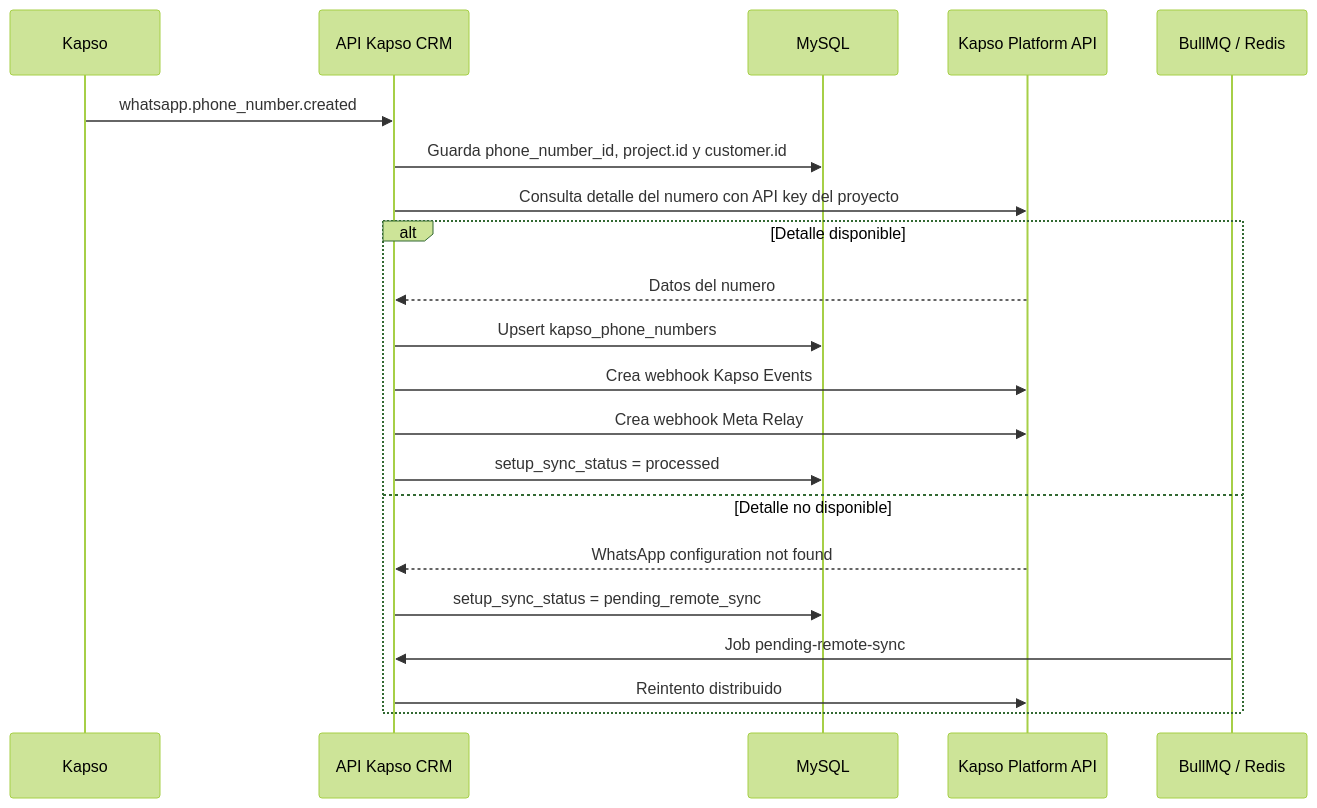
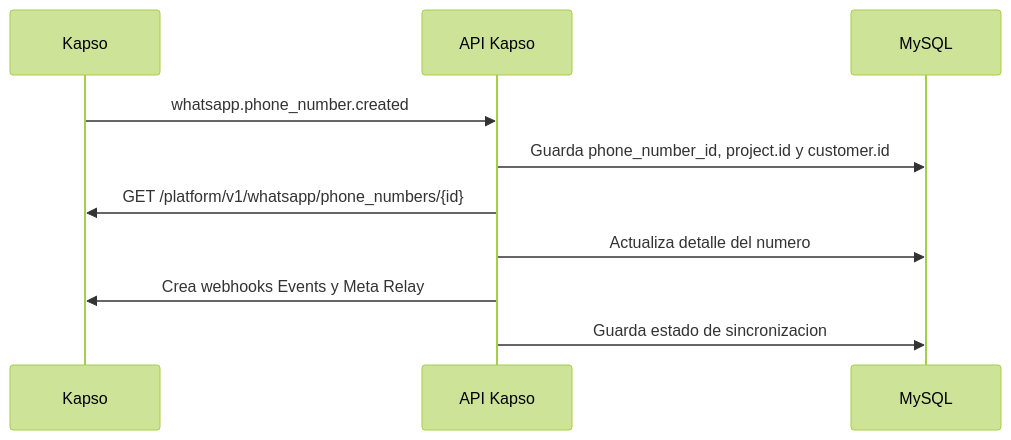
Before and after one commit to roccacr/CRM_VENTAS: the fourth of 9 diagrams in README.md, drawn with Mermaid (forest theme). The commit also changed other lines of this file and 19 other files, not shown here.

````diff
--- a/README.md
+++ b/README.md
@@ -506,24 +247,13 @@
 ```mermaid
 sequenceDiagram
   participant K as Kapso
-  participant API as API Kapso CRM
+  participant API as API Kapso
   participant DB as MySQL
-  participant KP as Kapso Platform API
-  participant Q as BullMQ / Redis
 
   K->>API: whatsapp.phone_number.created
   API->>DB: Guarda phone_number_id, project.id y customer.id
-  API->>KP: Consulta detalle del numero con API key del proyecto
-  alt Detalle disponible
-    KP-->>API: Datos del numero
-    API->>DB: Upsert kapso_phone_numbers
-    API->>KP: Crea webhook Kapso Events
-    API->>KP: Crea webhook Meta Relay
-    API->>DB: setup_sync_status = processed
-  else Detalle no disponible
-    KP-->>API: WhatsApp configuration not found
-    API->>DB: setup_sync_status = pending_remote_sync
-    Q->>API: Job pending-remote-sync
-    API->>KP: Reintento distribuido
-  end
+  API->>K: GET /platform/v1/whatsapp/phone_numbers/{id}
+  API->>DB: Actualiza detalle del numero
+  API->>K: Crea webhooks Events y Meta Relay
+  API->>DB: Guarda estado de sincronizacion
 ```
````
